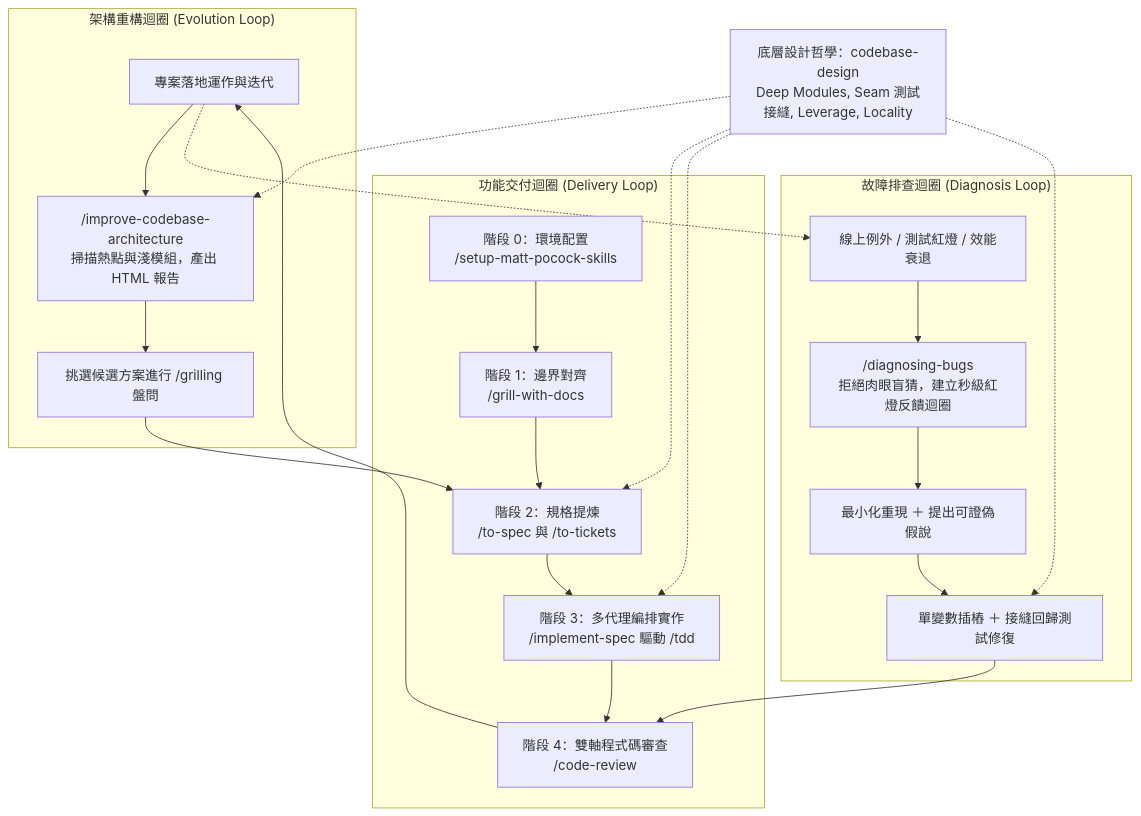
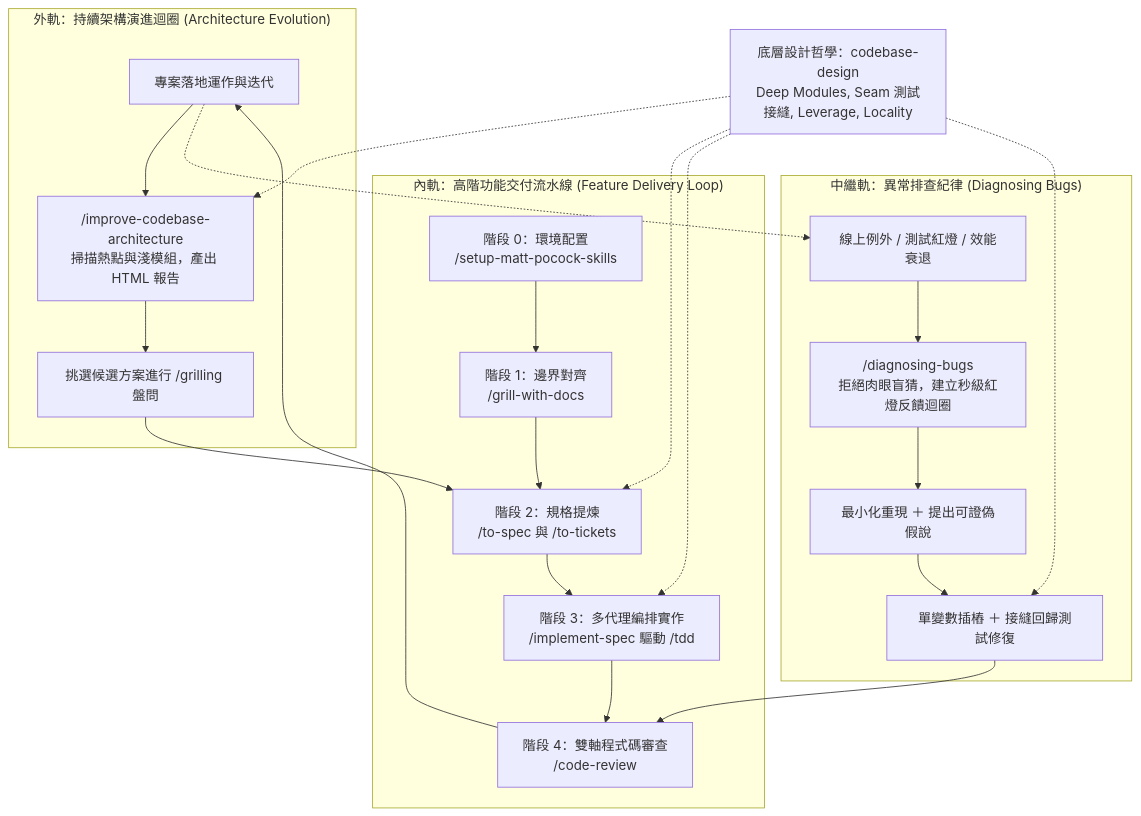
The first of 2 diagrams in AI.SDD/Lab.Matt-Pocock/blog-matt-pocock-skills-workflow.md (yaochangyu/sample.dotblog), drawn with Mermaid before and after one commit. The commit also changed other lines of this file, not shown here.

````diff
--- a/AI.SDD/Lab.Matt-Pocock/blog-matt-pocock-skills-workflow.md
+++ b/AI.SDD/Lab.Matt-Pocock/blog-matt-pocock-skills-workflow.md
@@ -36,30 +36,30 @@
 ```mermaid
 flowchart TD
-    subgraph ArchLoop ["架構重構迴圈 (Evolution Loop)"]
+    subgraph OuterLoop ["外軌：持續架構演進迴圈 (Architecture Evolution)"]
         R0["專案落地運作與迭代"] --> R1["/improve-codebase-architecture<br>掃描熱點與淺模組，產出 HTML 報告"]
         R1 --> R2["挑選候選方案進行 /grilling 盤問"]
     end
 
-    subgraph DiagLoop ["故障排查迴圈 (Diagnosis Loop)"]
+    subgraph DiagLoop ["中繼軌：異常排查紀律 (Diagnosing Bugs)"]
         D0["線上例外 / 測試紅燈 / 效能衰退"] --> D1["/diagnosing-bugs<br>拒絕肉眼盲猜，建立秒級紅燈反饋迴圈"]
         D1 --> D2["最小化重現 ＋ 提出可證偽假說"]
         D2 --> D3["單變數插樁 ＋ 接縫回歸測試修復"]
     end
 
-    subgraph DeliveryLoop ["功能交付迴圈 (Delivery Loop)"]
+    subgraph InnerLoop ["內軌：高階功能交付流水線 (Feature Delivery Loop)"]
         F0["階段 0：環境配置<br>/setup-matt-pocock-skills"] --> F1["階段 1：邊界對齊<br>/grill-with-docs"]
         F1 --> F2["階段 2：規格提煉<br>/to-spec 與 /to-tickets"]
         F2 --> F3["階段 3：多代理編排實作<br>/implement-spec 驅動 /tdd"]
         F3 --> F4["階段 4：雙軸程式碼審查<br>/code-review"]
     end
 
     R2 --> F2
     D3 --> F4
     F4 --> R0
     R0 -.-> D0
 
     G["底層設計哲學：codebase-design<br>Deep Modules, Seam 測試接縫, Leverage, Locality"] -.-> F2
     G -.-> F3
     G -.-> R1
     G -.-> D3
 ```
````
